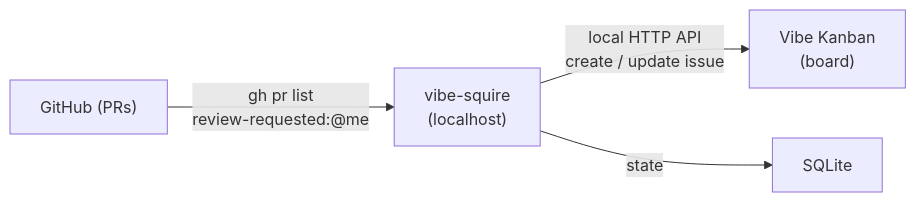
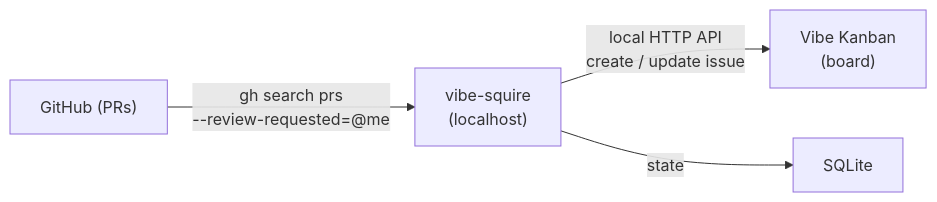
One commit to alexpialetski/vibe-squire changed the diagram in README.md. Above: the diagram before and after it, drawn with Mermaid. The commit also changed other lines of this file and 1 other file, not shown here.

````diff
--- a/README.md
+++ b/README.md
@@ -9,6 +9,6 @@
 ```mermaid
 graph LR
-    GH["GitHub (PRs)"] -- "gh pr list<br/>review-requested:@me" --> VS["vibe-squire<br/>(localhost)"]
+    GH["GitHub (PRs)"] -- "gh search prs<br/>--review-requested=@me" --> VS["vibe-squire<br/>(localhost)"]
     VS -- "local HTTP API<br/>create / update issue" --> VK["Vibe Kanban<br/>(board)"]
     VS -- "state" --> DB["SQLite"]
 ```
````
